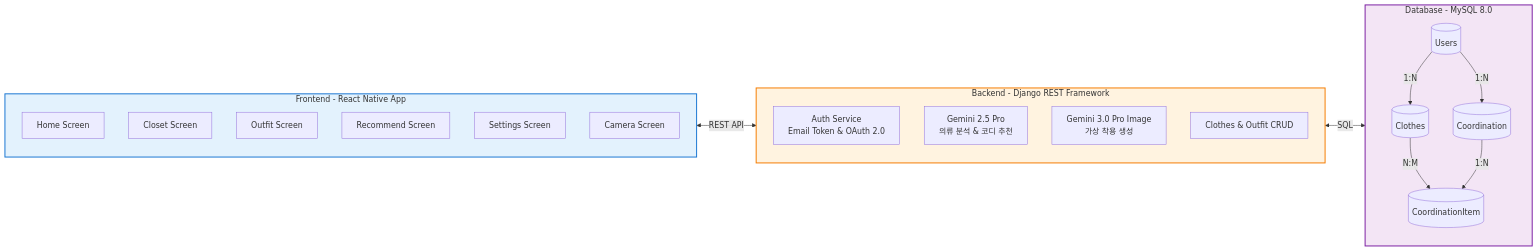
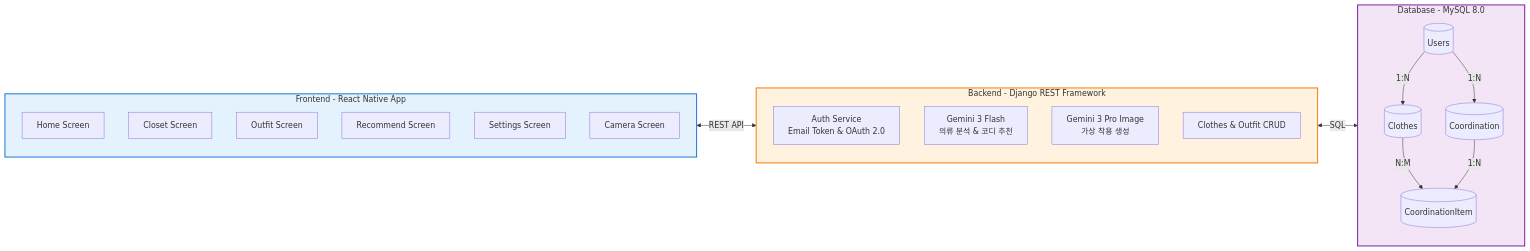
The first of 2 diagrams in README.md (deltaomega02/orbit), drawn with Mermaid before and after one commit. The commit also changed other lines of this file and 5 other files, not shown here.

````diff
--- a/README.md
+++ b/README.md
@@ -137,40 +137,40 @@
 ```mermaid
 flowchart LR
     subgraph Client["Frontend - React Native App"]
         direction TB
         A1[Home Screen]
         A2[Closet Screen]
         A3[Outfit Screen]
         A4[Recommend Screen]
         A5[Settings Screen]
         A6[Camera Screen]
     end
 
     subgraph Server["Backend - Django REST Framework"]
         direction TB
         B1[Auth Service<br/>Email Token & OAuth 2.0]
-        B2[Gemini 2.5 Pro<br/>의류 분석 & 코디 추천]
-        B3[Gemini 3.0 Pro Image<br/>가상 착용 생성]
+        B2[Gemini 3 Flash<br/>의류 분석 & 코디 추천]
+        B3[Gemini 3 Pro Image<br/>가상 착용 생성]
         B4[Clothes & Outfit CRUD]
     end
 
     subgraph DB["Database - MySQL 8.0"]
         direction TB
         C1[(Users)]
         C2[(Clothes)]
         C3[(Coordination)]
         C4[(CoordinationItem)]
     end
 
     Client <-->|REST API| Server
     Server <-->|SQL| DB
 
     C1 -->|1:N| C2
     C1 -->|1:N| C3
     C2 -->|N:M| C4
     C3 -->|1:N| C4
 
     style Client fill:#e3f2fd,stroke:#1976d2,stroke-width:2px
     style Server fill:#fff3e0,stroke:#f57c00,stroke-width:2px
     style DB fill:#f3e5f5,stroke:#7b1fa2,stroke-width:2px
 ```
````
